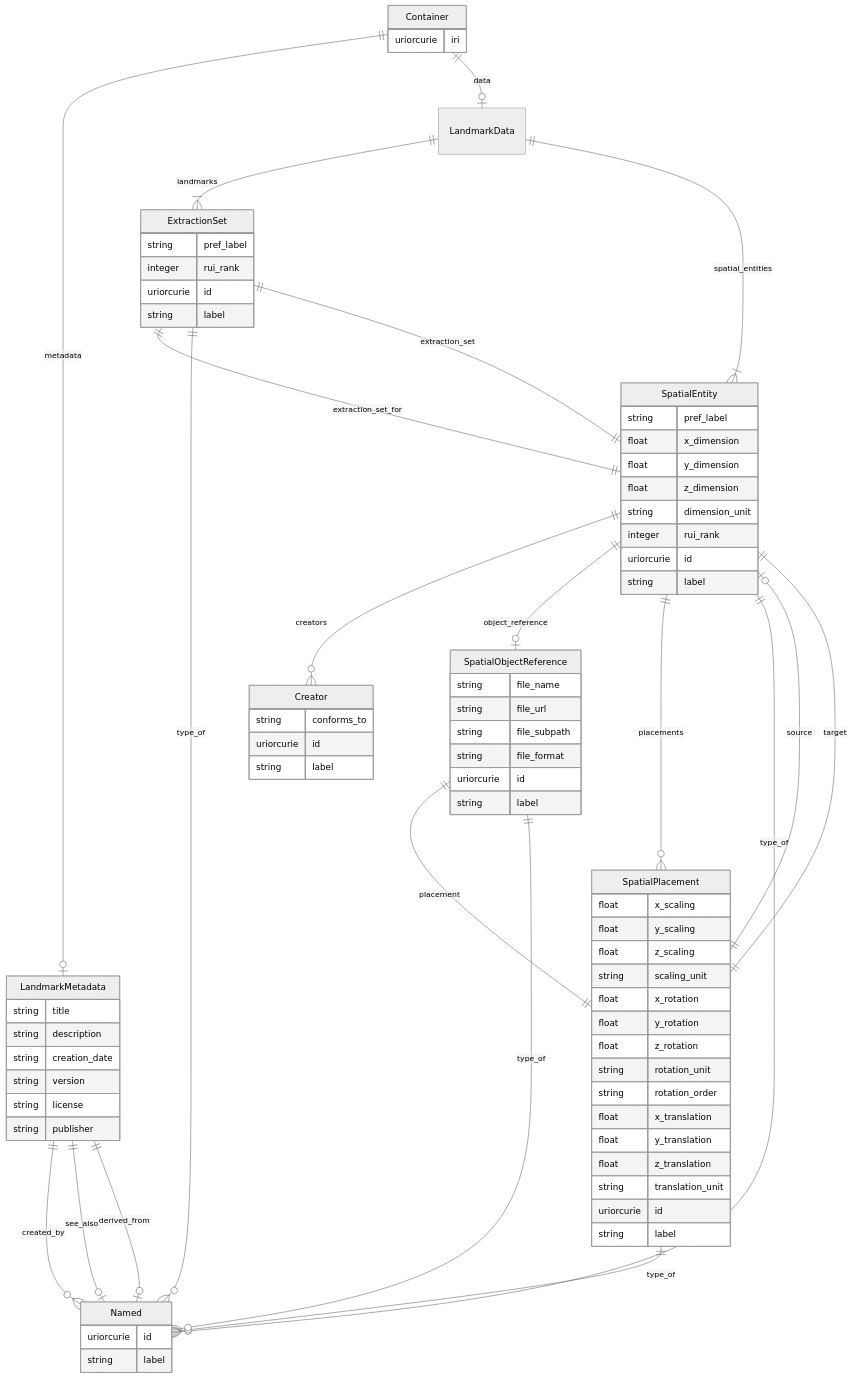
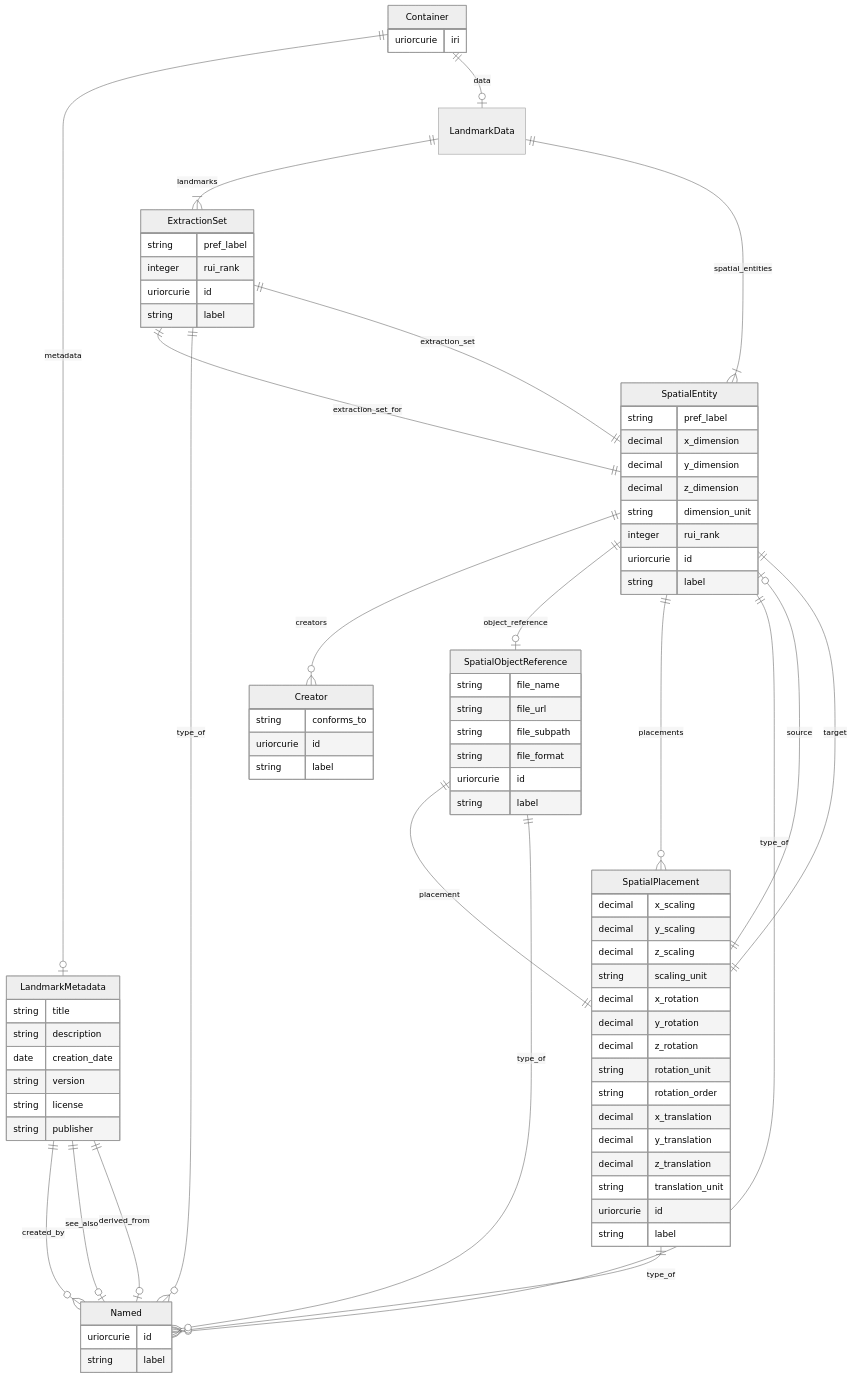
Diagram 13 of 20 in er-diagrams.md (hubmapconsortium/hra-do-processor), drawn with Mermaid (neutral theme) before and after one commit. The commit also changed other lines of this file and 82 other files, not shown here.

```diff
--- a/er-diagrams.md
+++ b/er-diagrams.md
@@ -812,9 +1068,9 @@
 }
 SpatialEntity {
     string pref_label  
-    float x_dimension  
-    float y_dimension  
-    float z_dimension  
+    decimal x_dimension  
+    decimal y_dimension  
+    decimal z_dimension  
     string dimension_unit  
     integer rui_rank  
     uriorcurie id  
@@ -831,18 +1087,18 @@
     string label  
 }
 SpatialPlacement {
-    float x_scaling  
-    float y_scaling  
-    float z_scaling  
+    decimal x_scaling  
+    decimal y_scaling  
+    decimal z_scaling  
     string scaling_unit  
-    float x_rotation  
-    float y_rotation  
-    float z_rotation  
+    decimal x_rotation  
+    decimal y_rotation  
+    decimal z_rotation  
     string rotation_unit  
     string rotation_order  
-    float x_translation  
-    float y_translation  
-    float z_translation  
+    decimal x_translation  
+    decimal y_translation  
+    decimal z_translation  
     string translation_unit  
     uriorcurie id  
     string label  
@@ -863,7 +1119,7 @@
 LandmarkMetadata {
     string title  
     string description  
-    string creation_date  
+    date creation_date  
     string version  
     string license  
     string publisher  
```
